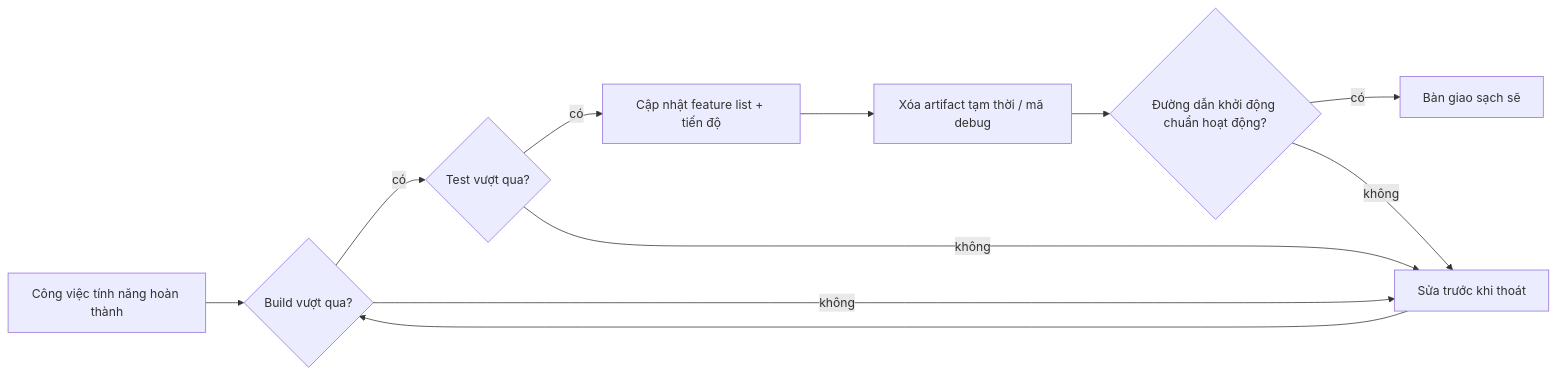
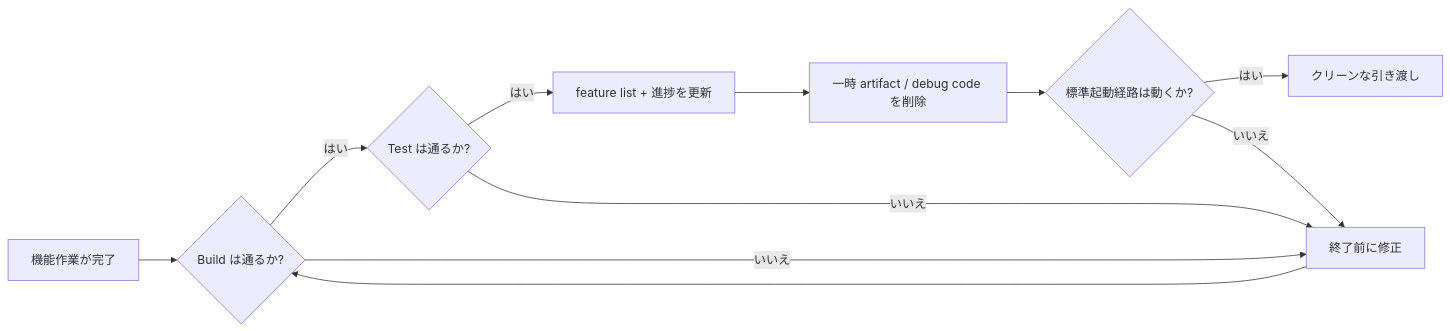
Before and after one commit to mkusaka/learn-harness-engineering: the first of 2 diagrams in docs/vi/lectures/lecture-12-why-every-session-must-leave-a-clean-state/index.md, drawn with Mermaid. The commit also changed other lines of this file and 571 other files, not shown here.

````diff
--- a/docs/vi/lectures/lecture-12-why-every-session-must-leave-a-clean-state/index.md
+++ b/docs/vi/lectures/lecture-12-why-every-session-must-leave-a-clean-state/index.md
@@ -25,13 +25,13 @@
 ```mermaid
 flowchart LR
-    Work["Công việc tính năng hoàn thành"] --> Build{"Build vượt qua?"}
-    Build -->|có| Test{"Test vượt qua?"}
-    Build -->|không| Fix["Sửa trước khi thoát"]
-    Test -->|có| Record["Cập nhật feature list + tiến độ"]
-    Test -->|không| Fix
-    Record --> Cleanup["Xóa artifact tạm thời / mã debug"]
-    Cleanup --> Startup{"Đường dẫn khởi động chuẩn hoạt động?"}
-    Startup -->|có| Clean["Bàn giao sạch sẽ"]
-    Startup -->|không| Fix
+    Work["機能作業が完了"] --> Build{"Build は通るか?"}
+    Build -->|はい| Test{"Test は通るか?"}
+    Build -->|いいえ| Fix["終了前に修正"]
+    Test -->|はい| Record["feature list + 進捗を更新"]
+    Test -->|いいえ| Fix
+    Record --> Cleanup["一時 artifact / debug code を削除"]
+    Cleanup --> Startup{"標準起動経路は動くか?"}
+    Startup -->|はい| Clean["クリーンな引き渡し"]
+    Startup -->|いいえ| Fix
     Fix --> Build
 ```
````
